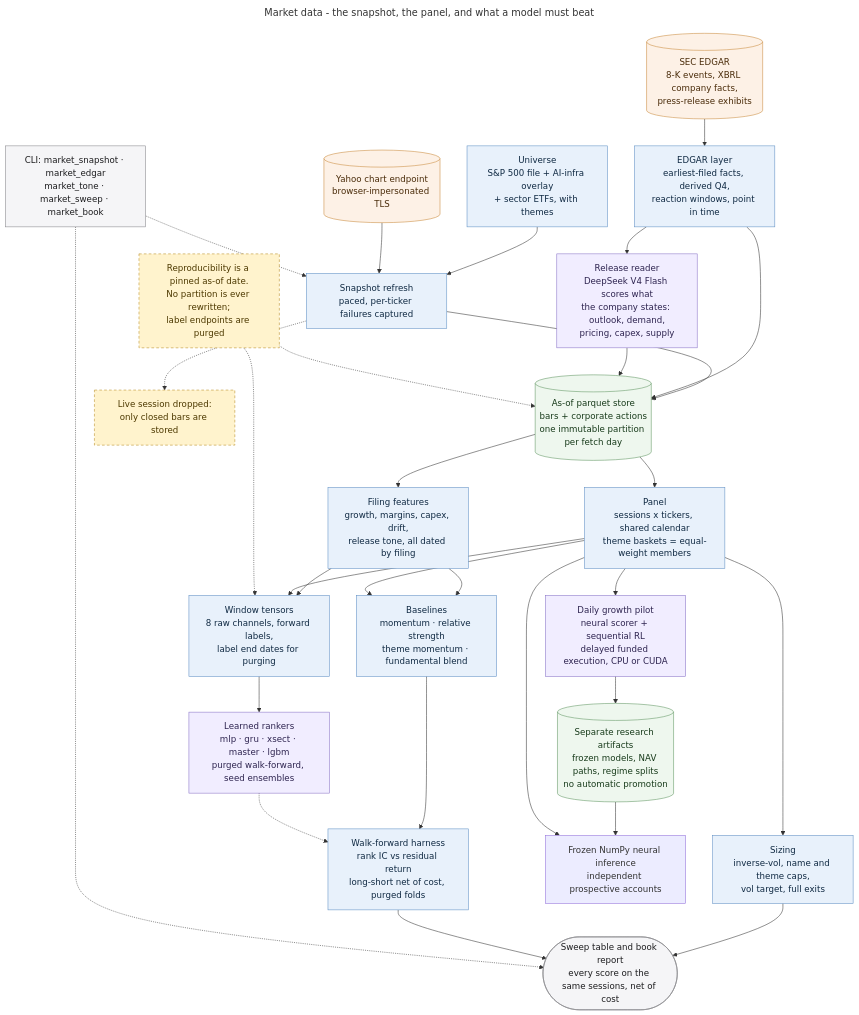
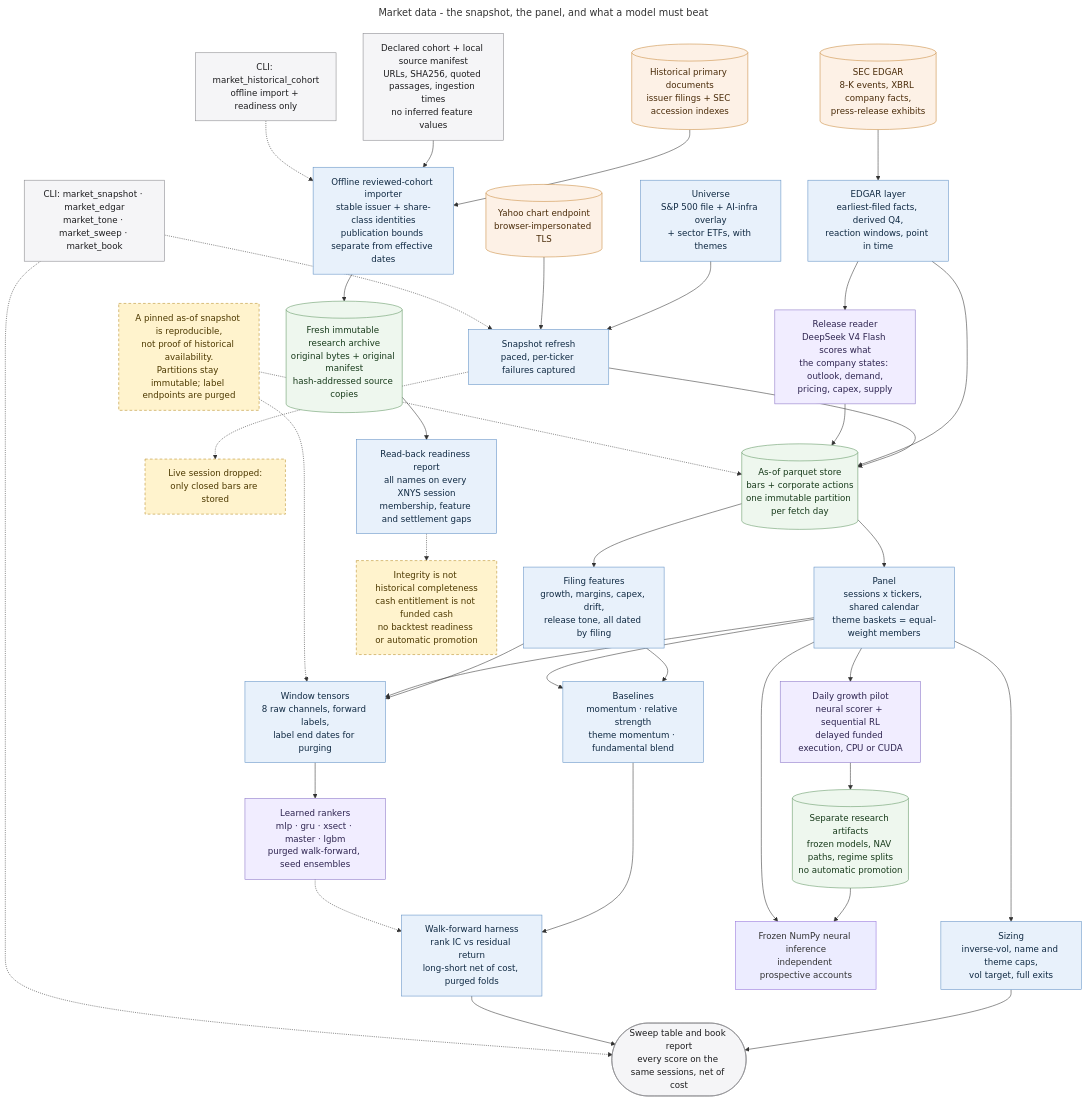
The diagram in docs/diagrams/market-data.mmd (MallyaAni/PersonalAssistant), drawn with Mermaid before and after one commit. The commit also changed 29 other files, not shown here.

Commit message:
Add encrypted personal decision history and sourced cohort archive

```diff
--- a/docs/diagrams/market-data.mmd
+++ b/docs/diagrams/market-data.mmd
@@ -1,50 +1,57 @@
 ---
 title: Market data - the snapshot, the panel, and what a model must beat
 ---
 flowchart TB
     Universe[Universe<br/>S&P 500 file + AI-infra overlay<br/>+ sector ETFs, with themes] --> Refresh[Snapshot refresh<br/>paced, per-ticker failures captured]
     Yahoo[(Yahoo chart endpoint<br/>browser-impersonated TLS)] --> Refresh
     Refresh --> Store[(As-of parquet store<br/>bars + corporate actions<br/>one immutable partition per fetch day)]
     Refresh -.-> Drop[Live session dropped:<br/>only closed bars are stored]
 
     Edgar[(SEC EDGAR<br/>8-K events, XBRL company facts,<br/>press-release exhibits)] --> Filings[EDGAR layer<br/>earliest-filed facts, derived Q4,<br/>reaction windows, point in time]
     Filings --> Store
     Filings --> Reader[Release reader<br/>DeepSeek V4 Flash scores what<br/>the company states: outlook, demand,<br/>pricing, capex, supply]
     Reader --> Store
     Store --> Panel[Panel<br/>sessions x tickers, shared calendar<br/>theme baskets = equal-weight members]
     Store --> Extras[Filing features<br/>growth, margins, capex, drift,<br/>release tone, all dated by filing]
     Extras --> Baselines
     Extras --> Windows
     Panel --> Book[Sizing<br/>inverse-vol, name and theme caps,<br/>vol target, full exits]
     Book --> Report
     Panel --> Baselines[Baselines<br/>momentum · relative strength<br/>theme momentum · fundamental blend]
     Panel --> Windows[Window tensors<br/>8 raw channels, forward labels,<br/>label end dates for purging]
     Baselines --> Harness[Walk-forward harness<br/>rank IC vs residual return<br/>long-short net of cost, purged folds]
     Windows --> Model[Learned rankers<br/>mlp · gru · xsect · master · lgbm<br/>purged walk-forward, seed ensembles]
     Model -.-> Harness
     Harness --> Report([Sweep table and book report<br/>every score on the same sessions, net of cost])
     Panel --> Pilot[Daily growth pilot<br/>neural scorer + sequential RL<br/>delayed funded execution, CPU or CUDA]
     Pilot --> Research[(Separate research artifacts<br/>frozen models, NAV paths, regime splits<br/>no automatic promotion)]
     Research --> Forward[Frozen NumPy neural inference<br/>independent prospective accounts]
     Panel --> Forward
 
+    Primary[(Historical primary documents<br/>issuer filings + SEC accession indexes)] --> Cohort[Offline reviewed-cohort importer<br/>stable issuer + share-class identities<br/>publication bounds separate from effective dates]
+    Manifest[Declared cohort + local source manifest<br/>URLs, SHA256, quoted passages, ingestion times<br/>no inferred feature values] --> Cohort
+    Cohort --> Evidence[(Fresh immutable research archive<br/>original bytes + original manifest<br/>hash-addressed source copies)]
+    Evidence --> Readiness[Read-back readiness report<br/>all names on every XNYS session<br/>membership, feature and settlement gaps]
+    Readiness -.-> Limits[Integrity is not historical completeness<br/>cash entitlement is not funded cash<br/>no backtest readiness or automatic promotion]
+    CohortCLI[CLI: market_historical_cohort<br/>offline import + readiness only] -.-> Cohort
+
     CLI[CLI: market_snapshot · market_edgar<br/>market_tone · market_sweep · market_book] -.-> Refresh
     CLI -.-> Report
 
-    Rule[Reproducibility is a pinned as-of date.<br/>No partition is ever rewritten;<br/>label endpoints are purged]
+    Rule[A pinned as-of snapshot is reproducible,<br/>not proof of historical availability.<br/>Partitions stay immutable; label endpoints are purged]
     Rule -.-> Store
     Rule -.-> Windows
 
     classDef interface fill:#f5f5f7,stroke:#86868b,color:#1d1d1f;
     classDef application fill:#e8f1fb,stroke:#5e8fc4,color:#102a43;
     classDef data fill:#eef7ee,stroke:#5f9562,color:#183b1b;
     classDef external fill:#fdf1e6,stroke:#c98a3d,color:#4a2c0a;
     classDef model fill:#f1edff,stroke:#8872c6,color:#2e2450;
     classDef warning fill:#fff3cd,stroke:#b78b20,color:#4d3900,stroke-dasharray:5 4;
-    class CLI,Report interface;
-    class Universe,Refresh,Filings,Panel,Baselines,Windows,Harness,Extras,Book application;
-    class Store data;
-    class Yahoo,Edgar external;
+    class CLI,Report,CohortCLI,Manifest interface;
+    class Universe,Refresh,Filings,Panel,Baselines,Windows,Harness,Extras,Book,Cohort,Readiness application;
+    class Store,Evidence data;
+    class Yahoo,Edgar,Primary external;
     class Model,Reader,Pilot model;
     class Research data;
-    class Rule,Drop warning;
+    class Rule,Drop,Limits warning;
```
